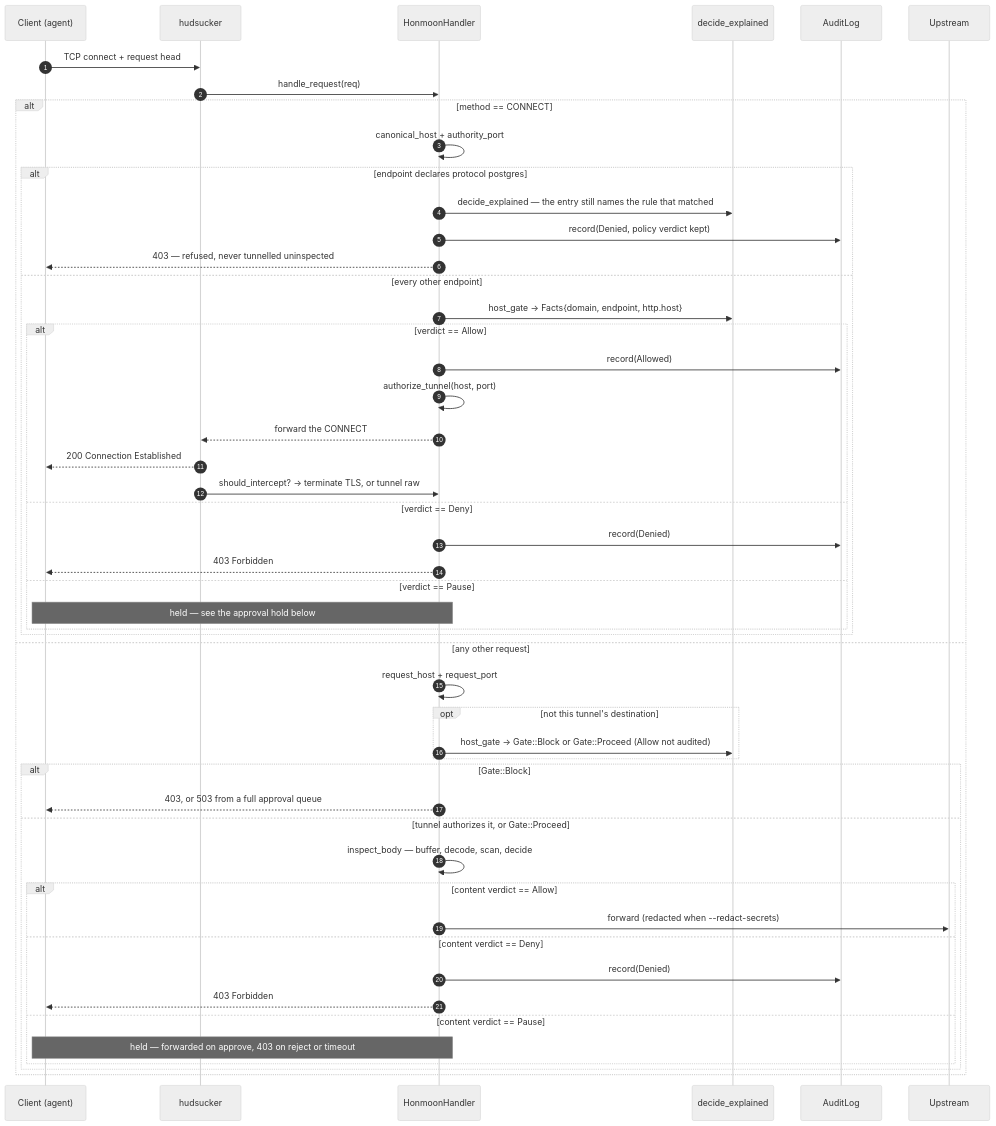
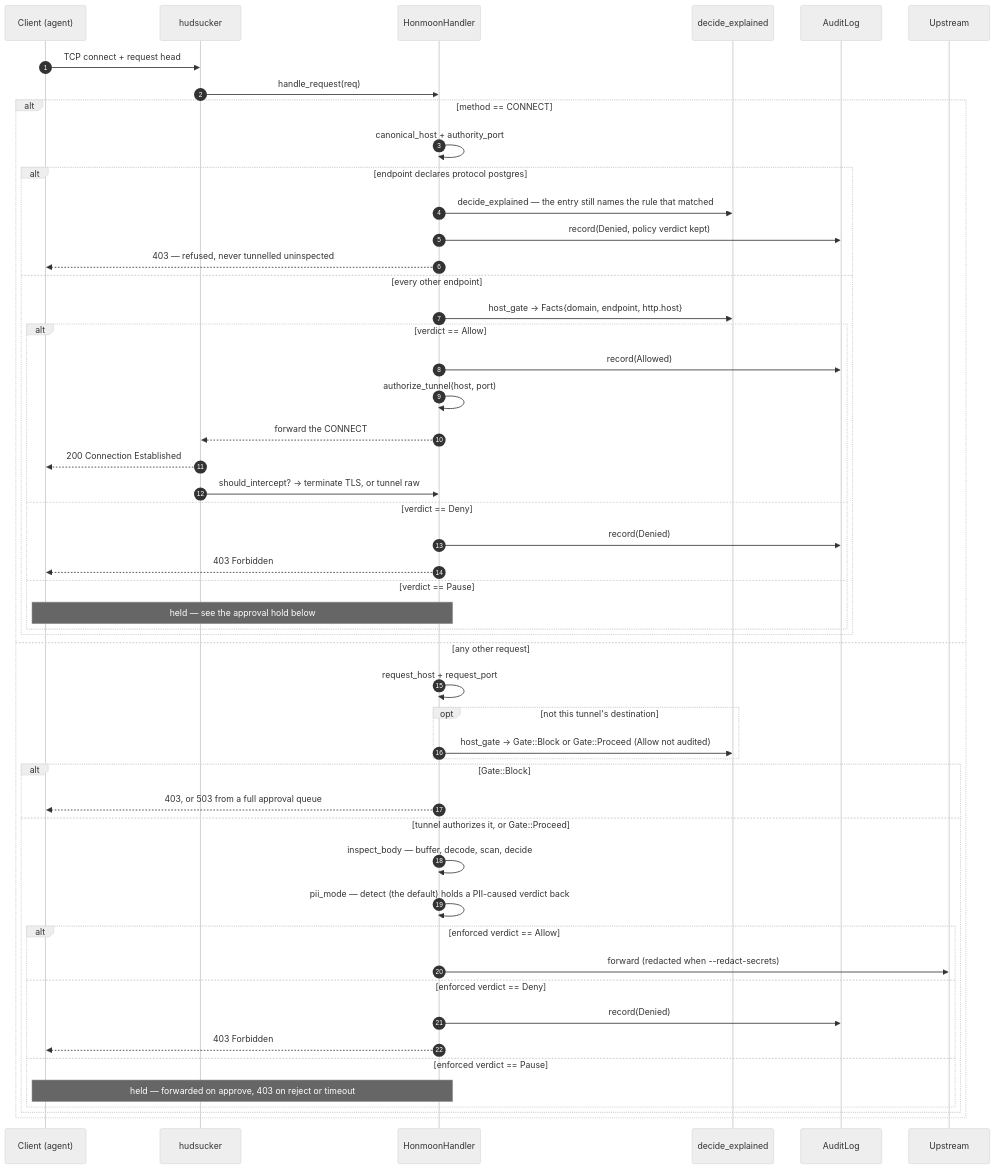
Before and after one commit to pleaseai/honmoon: the first of 3 diagrams in wiki/deep-dive/egress-gateway.md, drawn with Mermaid (neutral theme). The commit also changed other lines of this file and 1 other file, not shown here.

Commit message:
docs(wiki): the content-verdict branches are block mode, not the default
The sequence diagram branched on `content verdict`, which is the raw
`decide_explained` outcome — but that is not what decides the branch.
`--pii-mode` defaults to `detect` (main.rs:194, and the page's own CLI
table says so two screens down), and in detect mode a deny or pause the
PII summary *caused* is held back: `decide_pii_audit_only` re-walks the
policy without it and the request forwards when that walk allows
(mitm.rs:796-815). So the diagram promised a 403 and an approval hold
that the default configuration does not produce.

Narrowed by naming the step that actually decides, rather than by
labelling the branches "block mode only": the filter is now a step of
its own and the three branches are on the *enforced* verdict. That keeps
the other half true without a second qualifier — a metadata-derived deny
or pause still takes these branches in every mode, which is exactly what
`decide_pii_audit_only` attributing per rule buys.

Added mitm.rs:796-815 to the diagram's Sources comment.

Refs #260

````diff
--- a/wiki/deep-dive/egress-gateway.md
+++ b/wiki/deep-dive/egress-gateway.md
@@ -146,52 +146,53 @@
 ```mermaid
 sequenceDiagram
   autonumber
   participant C as Client (agent)
   participant HS as hudsucker
   participant H as HonmoonHandler
   participant Core as decide_explained
   participant Audit as AuditLog
   participant U as Upstream
   C->>HS: TCP connect + request head
   HS->>H: handle_request(req)
   alt method == CONNECT
     H->>H: canonical_host + authority_port
     alt endpoint declares protocol postgres
       H->>Core: decide_explained — the entry still names the rule that matched
       H->>Audit: record(Denied, policy verdict kept)
       H-->>C: 403 — refused, never tunnelled uninspected
     else every other endpoint
       H->>Core: host_gate → Facts{domain, endpoint, http.host}
       alt verdict == Allow
         H->>Audit: record(Allowed)
         H->>H: authorize_tunnel(host, port)
         H-->>HS: forward the CONNECT
         HS-->>C: 200 Connection Established
         HS->>H: should_intercept? → terminate TLS, or tunnel raw
       else verdict == Deny
         H->>Audit: record(Denied)
         H-->>C: 403 Forbidden
       else verdict == Pause
         Note over H,C: held — see the approval hold below
       end
     end
   else any other request
     H->>H: request_host + request_port
     opt not this tunnel's destination
       H->>Core: host_gate → Gate::Block or Gate::Proceed (Allow not audited)
     end
     alt Gate::Block
       H-->>C: 403, or 503 from a full approval queue
     else tunnel authorizes it, or Gate::Proceed
       H->>H: inspect_body — buffer, decode, scan, decide
-      alt content verdict == Allow
+      H->>H: pii_mode — detect (the default) holds a PII-caused verdict back
+      alt enforced verdict == Allow
         H->>U: forward (redacted when --redact-secrets)
-      else content verdict == Deny
+      else enforced verdict == Deny
         H->>Audit: record(Denied)
         H-->>C: 403 Forbidden
-      else content verdict == Pause
+      else enforced verdict == Pause
         Note over H,C: held — forwarded on approve, 403 on reject or timeout
       end
     end
   end
 ```
````
